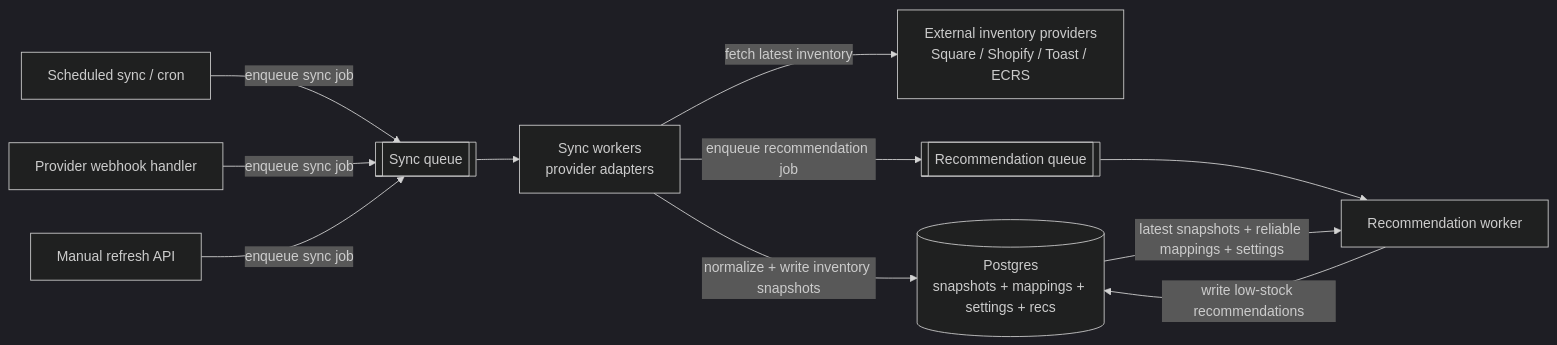
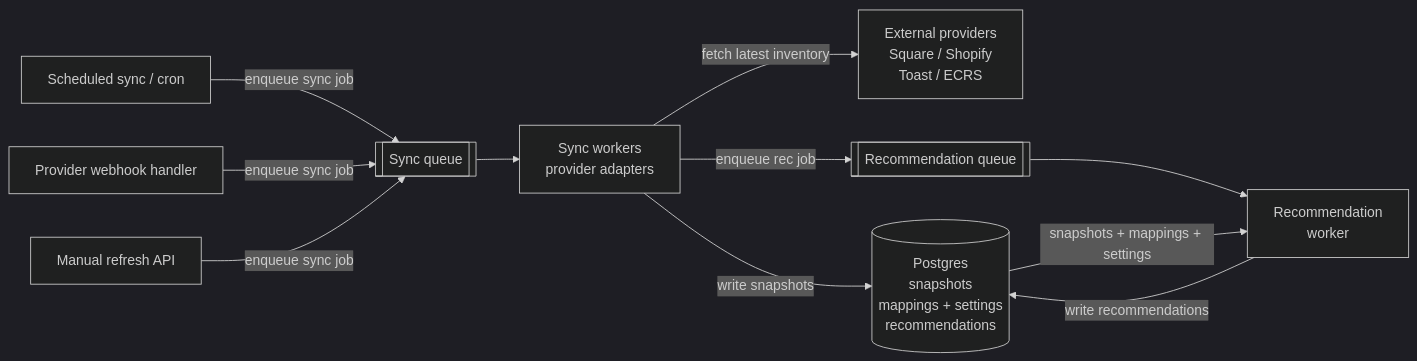
The second of 2 diagrams in src/content/work/inventory-reorder-design.md (chrischo360/portfolio), drawn with Mermaid (dark theme) before and after one commit. The commit also changed other lines of this file and 1 other file, not shown here.

Commit message:
clipping

````diff
--- a/src/content/work/inventory-reorder-design.md
+++ b/src/content/work/inventory-reorder-design.md
@@ -390,23 +390,23 @@
 ```mermaid
 flowchart LR
   Cron[Scheduled sync / cron]
   Webhook[Provider webhook handler]
   Manual[Manual refresh API]
   SyncQueue[[Sync queue]]
   SyncWorkers[Sync workers<br/>provider adapters]
-  Providers[External inventory providers<br/>Square / Shopify / Toast / ECRS]
-  DB[(Postgres<br/>snapshots + mappings + settings + recs)]
+  Providers[External providers<br/>Square / Shopify<br/>Toast / ECRS]
+  DB[(Postgres<br/>snapshots<br/>mappings + settings<br/>recommendations)]
   RecQueue[[Recommendation queue]]
-  RecWorker[Recommendation worker]
+  RecWorker[Recommendation<br/>worker]
 
   Cron -->|enqueue sync job| SyncQueue
   Webhook -->|enqueue sync job| SyncQueue
   Manual -->|enqueue sync job| SyncQueue
   SyncQueue --> SyncWorkers
   SyncWorkers -->|fetch latest inventory| Providers
-  SyncWorkers -->|normalize + write inventory snapshots| DB
-  SyncWorkers -->|enqueue recommendation job| RecQueue
+  SyncWorkers -->|write snapshots| DB
+  SyncWorkers -->|enqueue rec job| RecQueue
   RecQueue --> RecWorker
-  DB -->|latest snapshots + reliable mappings + settings| RecWorker
-  RecWorker -->|write low-stock recommendations| DB
+  DB -->|snapshots + mappings + settings| RecWorker
+  RecWorker -->|write recommendations| DB
 ```
````
